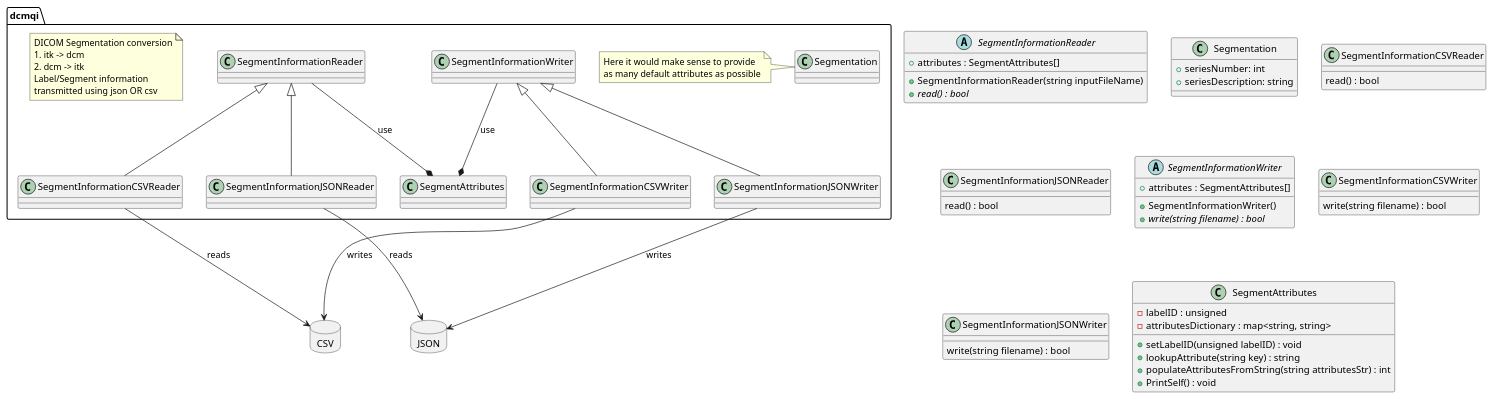
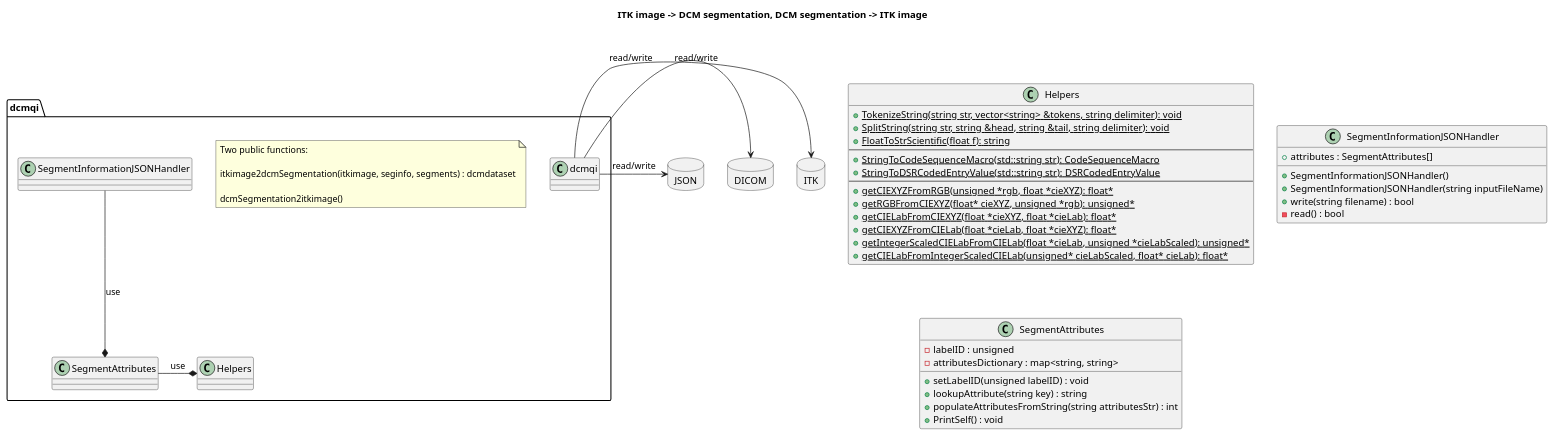
Before and after one commit to QIICR/dcmqi: the diagram in Design/DICOMSegmentationConverter.puml, drawn with PlantUML. The commit also changed 3 other files, not shown here.

Commit message:
ENH: Updated Design documents and added data flow diagrams

```diff
--- a/Design/DICOMSegmentationConverter.puml
+++ b/Design/DICOMSegmentationConverter.puml
@@ -1,88 +1,81 @@
 @startuml
 
-package dcmqi {
-
-    class SegmentAttributes
-    class Segmentation
-    SegmentInformationReader <|-- SegmentInformationCSVReader
-    SegmentInformationReader <|-- SegmentInformationJSONReader
-
-    SegmentInformationWriter <|-- SegmentInformationCSVWriter
-    SegmentInformationWriter <|-- SegmentInformationJSONWriter
-
-    SegmentInformationReader --* SegmentAttributes : use
-    SegmentInformationWriter --* SegmentAttributes : use
-
-    note as bla
-      DICOM Segmentation conversion
-      1. itk -> dcm
-      2. dcm -> itk
-      Label/Segment information
-      transmitted using json OR csv
-    end note
-
-    note as SegmentationNote
-        Here it would make sense to provide
-        as many default attributes as possible
-    end note
-
-    SegmentationNote <- Segmentation
-}
+title ITK image -> DCM segmentation, DCM segmentation -> ITK image
 
 package JSON <<Database>> {
 }
 
-package CSV <<Database>> {
+package DICOM <<Database>> {
 }
 
-SegmentInformationCSVReader --> CSV : reads
-SegmentInformationCSVWriter --> CSV : writes
+package ITK <<Database>> {
+}
 
-SegmentInformationJSONReader --> JSON : reads
-SegmentInformationJSONWriter --> JSON : writes
+package dcmqi {
+
+    note as dcmqiNote
+      Two public functions:
+
+      itkimage2dcmSegmentation(itkimage, seginfo, segments) : dcmdataset
+
+      dcmSegmentation2itkimage()
+    end note
+
+    SegmentInformationJSONHandler --* SegmentAttributes : use
+'    SegmentInformationJSONHandler -> Segmentation : creates
+'    SegmentInformationJSONHandler -> Segmentation : reads
+'    note as SegmentationNote
+'        Here it would make sense to provide
+'        as many default attributes as possible
+'    end note
+'
+'    Segmentation .. SegmentationNote
 
 
+dcmqi -> JSON : read/write
+dcmqi -> DICOM: read/write
+dcmqi -> ITK: read/write
 
-abstract class SegmentInformationReader {
-    + attributes : SegmentAttributes[]
-    + SegmentInformationReader(string inputFileName)
-    + {abstract} read() : bool
+    SegmentAttributes -*  Helpers : use
 }
 
-class Segmentation {
-    + seriesNumber: int
-    + seriesDescription: string
+class Helpers {
+    + {static} TokenizeString(string str, vector<string> &tokens, string delimiter): void
+    + {static} SplitString(string str, string &head, string &tail, string delimiter): void
+    + {static} FloatToStrScientific(float f): string
+---
+    + {static} StringToCodeSequenceMacro(std::string str): CodeSequenceMacro
+    + {static} StringToDSRCodedEntryValue(std::string str): DSRCodedEntryValue
+---
+    + {static} getCIEXYZFromRGB(unsigned *rgb, float *cieXYZ): float*
+    + {static} getRGBFromCIEXYZ(float* cieXYZ, unsigned *rgb): unsigned*
+    + {static} getCIELabFromCIEXYZ(float *cieXYZ, float *cieLab): float*
+    + {static} getCIEXYZFromCIELab(float *cieLab, float *cieXYZ): float*
+    + {static} getIntegerScaledCIELabFromCIELab(float *cieLab, unsigned *cieLabScaled): unsigned*
+    + {static} getCIELabFromIntegerScaledCIELab(unsigned* cieLabScaled, float* cieLab): float*
 }
 
-class SegmentInformationCSVReader {
-    read() : bool
+class SegmentInformationJSONHandler {
+    + attributes : SegmentAttributes[]
+    + SegmentInformationJSONHandler()
+    + SegmentInformationJSONHandler(string inputFileName)
+    + write(string filename) : bool
+    - read() : bool
 }
-
-class SegmentInformationJSONReader {
-    read() : bool
-}
-
-abstract class SegmentInformationWriter {
-    + attributes : SegmentAttributes[]
-    + SegmentInformationWriter()
-    + {abstract} write(string filename) : bool
-}
-
-class SegmentInformationCSVWriter {
-    write(string filename) : bool
-}
-
-class SegmentInformationJSONWriter {
-    write(string filename) : bool
-}
+'
+'class Segmentation {
+'    + seriesNumber: int
+'    + seriesDescription: string
+'    + isValid(): bool
+'}
 
 class SegmentAttributes {
     - labelID : unsigned
     - attributesDictionary : map<string, string>
     + setLabelID(unsigned labelID) : void
     + lookupAttribute(string key) : string
     + populateAttributesFromString(string attributesStr) : int
     + PrintSelf() : void
 }
 
 @enduml
```
